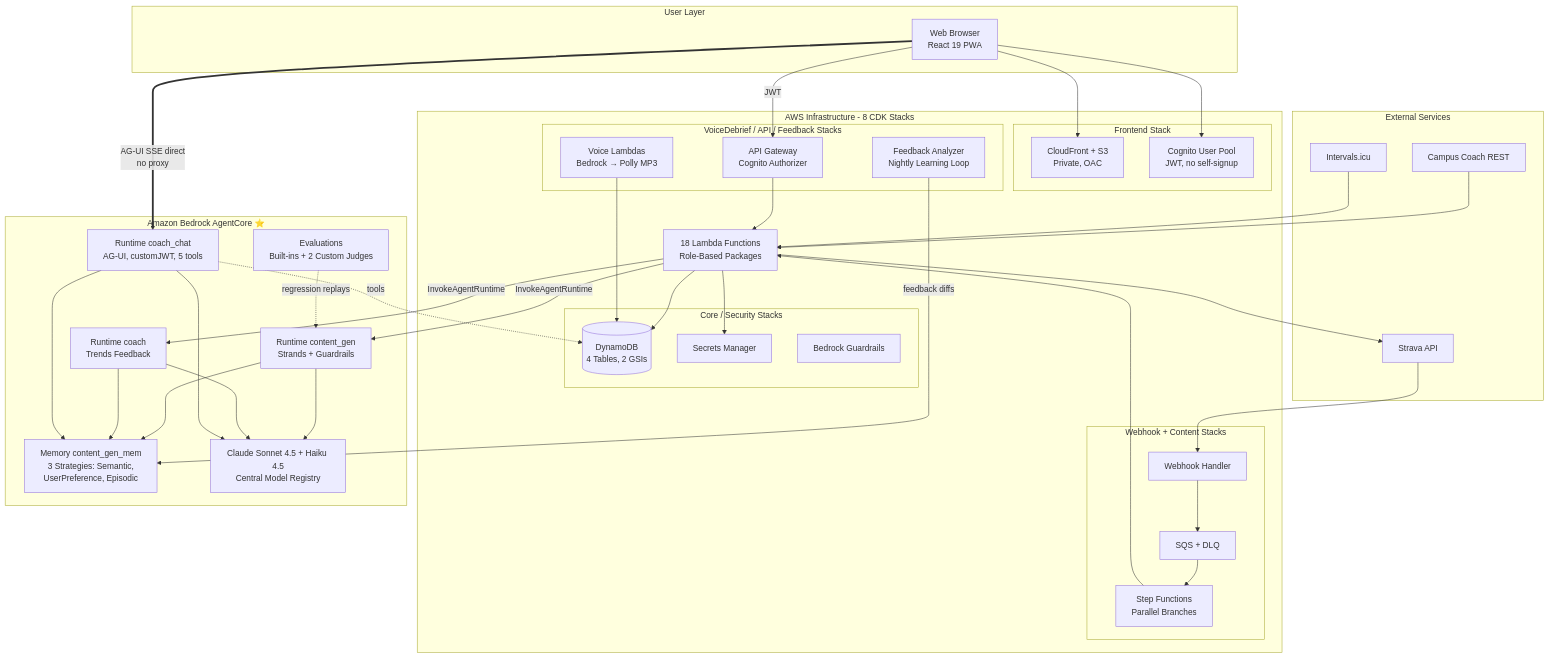
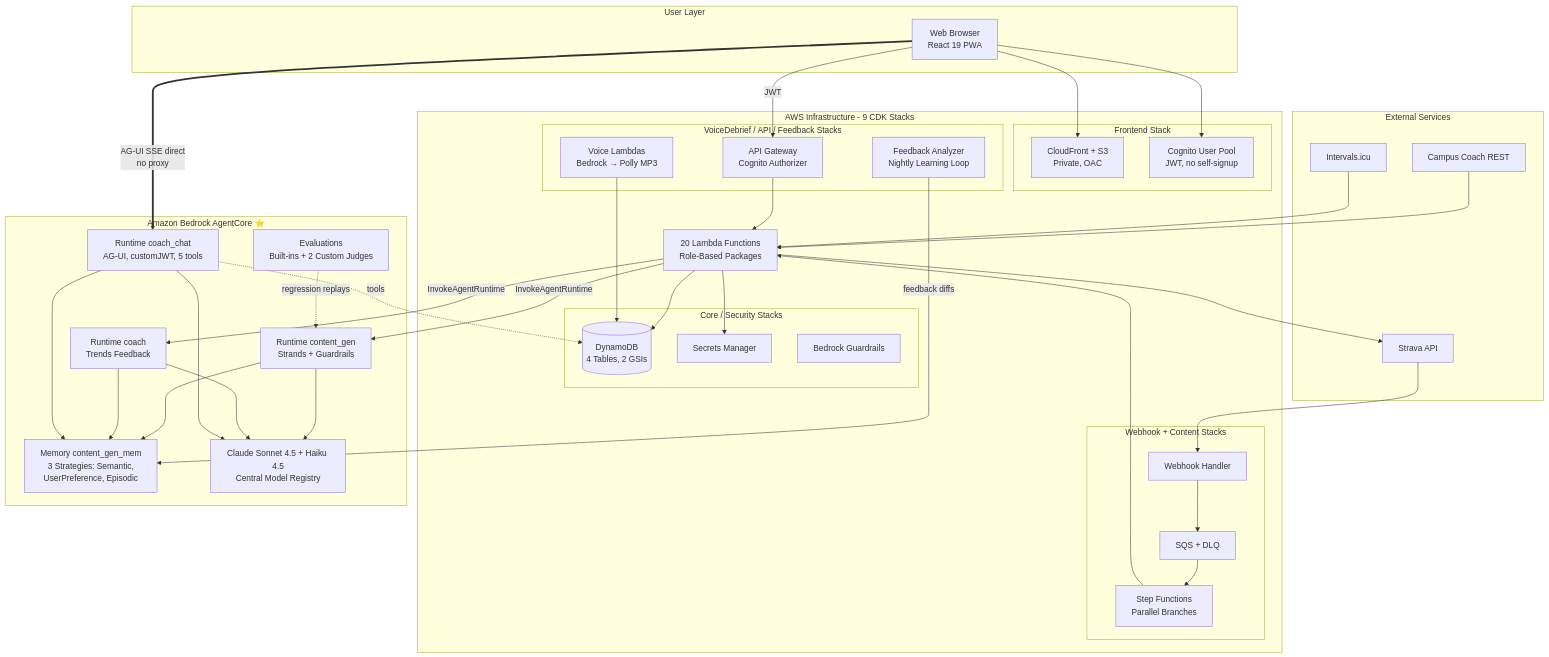
One commit to el-pedrito/strava-ai-boost changed the first of 2 diagrams in README.md. Above: the diagram before and after it, drawn with Mermaid. The commit also changed other lines of this file and 34 other files, not shown here.

````diff
--- a/README.md
+++ b/README.md
@@ -283,76 +319,76 @@
 ```mermaid
 graph TB
     subgraph "User Layer"
         Browser[Web Browser<br/>React 19 PWA]
     end
 
-    subgraph "AWS Infrastructure - 8 CDK Stacks"
+    subgraph "AWS Infrastructure - 9 CDK Stacks"
         subgraph "Frontend Stack"
             CF[CloudFront + S3<br/>Private, OAC]
             Cognito[Cognito User Pool<br/>JWT, no self-signup]
         end
 
         subgraph "Core / Security Stacks"
             DDB[(DynamoDB<br/>4 Tables, 2 GSIs)]
             Secrets[Secrets Manager]
             Guardrails[Bedrock Guardrails]
         end
 
         subgraph "Webhook + Content Stacks"
             WebhookAPI[Webhook Handler]
             SQS[SQS + DLQ]
             SF[Step Functions<br/>Parallel Branches]
         end
 
         subgraph "VoiceDebrief / API / Feedback Stacks"
             Voice[Voice Lambdas<br/>Bedrock → Polly MP3]
             APIGW[API Gateway<br/>Cognito Authorizer]
             FB[Feedback Analyzer<br/>Nightly Learning Loop]
         end
 
-        Lambdas[18 Lambda Functions<br/>Role-Based Packages]
+        Lambdas[20 Lambda Functions<br/>Role-Based Packages]
     end
 
     subgraph "Amazon Bedrock AgentCore ⭐"
         RTContent[Runtime content_gen<br/>Strands + Guardrails]
         RTCoach[Runtime coach<br/>Trends Feedback]
         RTChat[Runtime coach_chat<br/>AG-UI, customJWT, 5 tools]
         Memory[Memory content_gen_mem<br/>3 Strategies: Semantic,<br/>UserPreference, Episodic]
         Evals[Evaluations<br/>Built-ins + 2 Custom Judges]
         Bedrock[Claude Sonnet 4.5 + Haiku 4.5<br/>Central Model Registry]
     end
 
     subgraph "External Services"
         Strava[Strava API]
         Campus[Campus Coach REST]
         ICU[Intervals.icu]
     end
 
     Browser --> CF
     Browser --> Cognito
     Browser -->|JWT| APIGW
     Browser ==>|AG-UI SSE direct<br/>no proxy| RTChat
     APIGW --> Lambdas
     Lambdas --> DDB
     Lambdas --> Secrets
 
     Strava --> WebhookAPI
     WebhookAPI --> SQS
     SQS --> SF
     SF --> Lambdas
     Lambdas -->|InvokeAgentRuntime| RTContent
     Lambdas -->|InvokeAgentRuntime| RTCoach
     RTContent --> Memory
     RTCoach --> Memory
     RTChat --> Memory
     RTChat -.->|tools| DDB
     RTContent --> Bedrock
     RTCoach --> Bedrock
     RTChat --> Bedrock
     Evals -.->|regression replays| RTContent
     FB -->|feedback diffs| Memory
     Lambdas --> Strava
     Campus --> Lambdas
     ICU --> Lambdas
     Voice --> DDB
 ```
````
